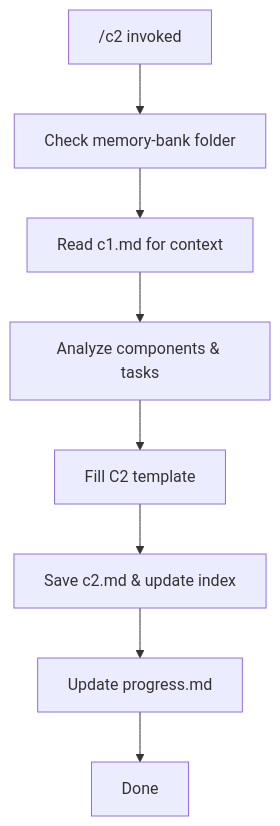
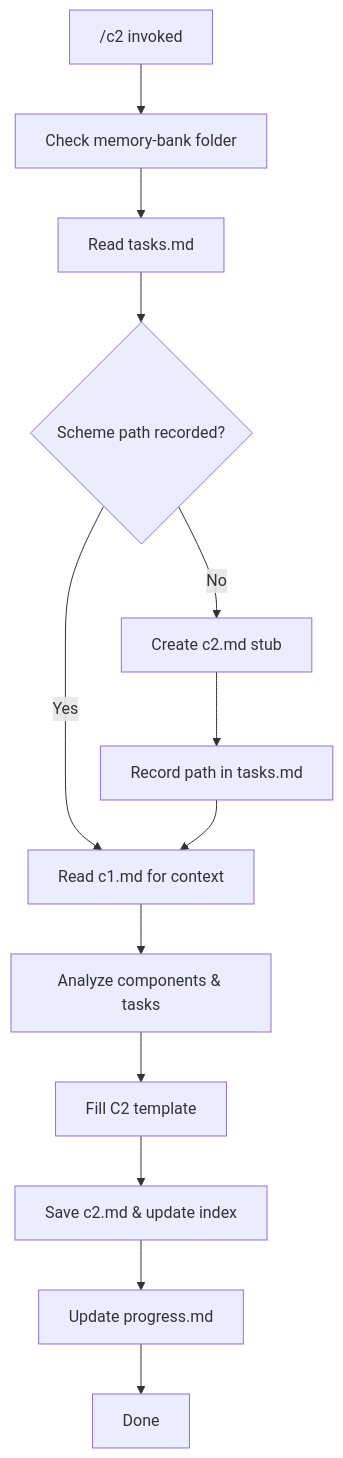
One commit to DennisGrammes/arc42-memory-bank changed the diagram in .github/prompts/c2.prompt.md. Above: the diagram before and after it, drawn with Mermaid. The commit also changed 1 other file, not shown here.

Commit message:
clarify mermaid usage and include tasks step in c2

````diff
--- a/.github/prompts/c2.prompt.md
+++ b/.github/prompts/c2.prompt.md
@@ -10,10 +10,15 @@
 ```mermaid
 graph TD
     Start["/c2 invoked"] --> VerifyMB["Check memory-bank folder"]
-    VerifyMB --> LoadC1["Read c1.md for context"]
+    VerifyMB --> LoadTasks["Read tasks.md"]
+    LoadTasks --> PathCheck{"Scheme path recorded?"}
+    PathCheck -- "No" --> Stub["Create c2.md stub"]
+    Stub --> RecordPath["Record path in tasks.md"]
+    PathCheck -- "Yes" --> LoadC1
+    RecordPath --> LoadC1["Read c1.md for context"]
     LoadC1 --> AnalyzeCode["Analyze components & tasks"]
     AnalyzeCode --> FillTemplate["Fill C2 template"]
     FillTemplate --> SaveScheme["Save c2.md & update index"]
     SaveScheme --> LogProgress["Update progress.md"]
     LogProgress --> Done["Done"]
 ```
````
